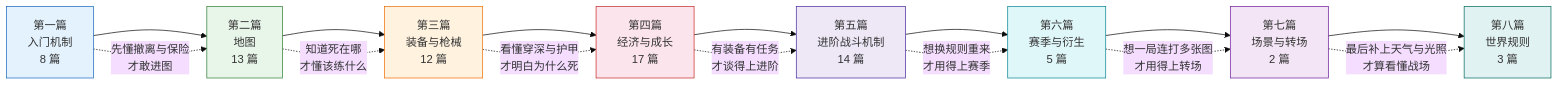
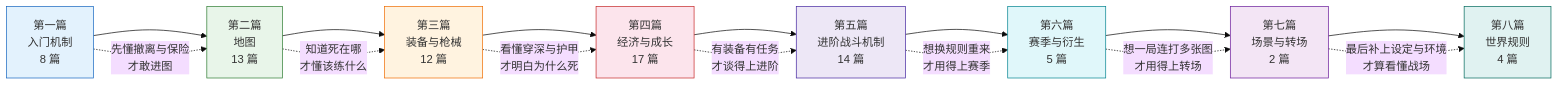
Before and after one commit to GTX950L/tarkov-encyclopedia: the diagram in content/README.md, drawn with Mermaid (base theme). The commit also changed other lines of this file and 90 other files, not shown here.

````diff
--- a/content/README.md
+++ b/content/README.md
@@ -16,27 +16,27 @@
 ```mermaid
 flowchart LR
     A[第一篇<br/>入门机制<br/>8 篇] --> B[第二篇<br/>地图<br/>13 篇]
     B --> C[第三篇<br/>装备与枪械<br/>12 篇]
     C --> D[第四篇<br/>经济与成长<br/>17 篇]
     D --> E[第五篇<br/>进阶战斗机制<br/>14 篇]
     E --> F[第六篇<br/>赛季与衍生<br/>5 篇]
     F --> G[第七篇<br/>场景与转场<br/>2 篇]
-    G --> H[第八篇<br/>世界规则<br/>3 篇]
+    G --> H[第八篇<br/>世界规则<br/>4 篇]
 
     A -. 先懂撤离与保险<br/>才敢进图 .-> B
     B -. 知道死在哪<br/>才懂该练什么 .-> C
     C -. 看懂穿深与护甲<br/>才明白为什么死 .-> D
     D -. 有装备有任务<br/>才谈得上进阶 .-> E
     E -. 想换规则重来<br/>才用得上赛季 .-> F
     F -. 想一局连打多张图<br/>才用得上转场 .-> G
-    G -. 最后补上天气与光照<br/>才算看懂战场 .-> H
+    G -. 最后补上设定与环境<br/>才算看懂战场 .-> H
 
     style A fill:#e3f2fd,stroke:#1565c0
     style B fill:#e8f5e9,stroke:#2e7d32
     style C fill:#fff3e0,stroke:#ef6c00
     style D fill:#fce4ec,stroke:#c62828
     style E fill:#ede7f6,stroke:#4527a0
     style F fill:#e0f7fa,stroke:#00838f
     style G fill:#f3e5f5,stroke:#6a1b9a
     style H fill:#e0f2f1,stroke:#00695c
 ```
````
